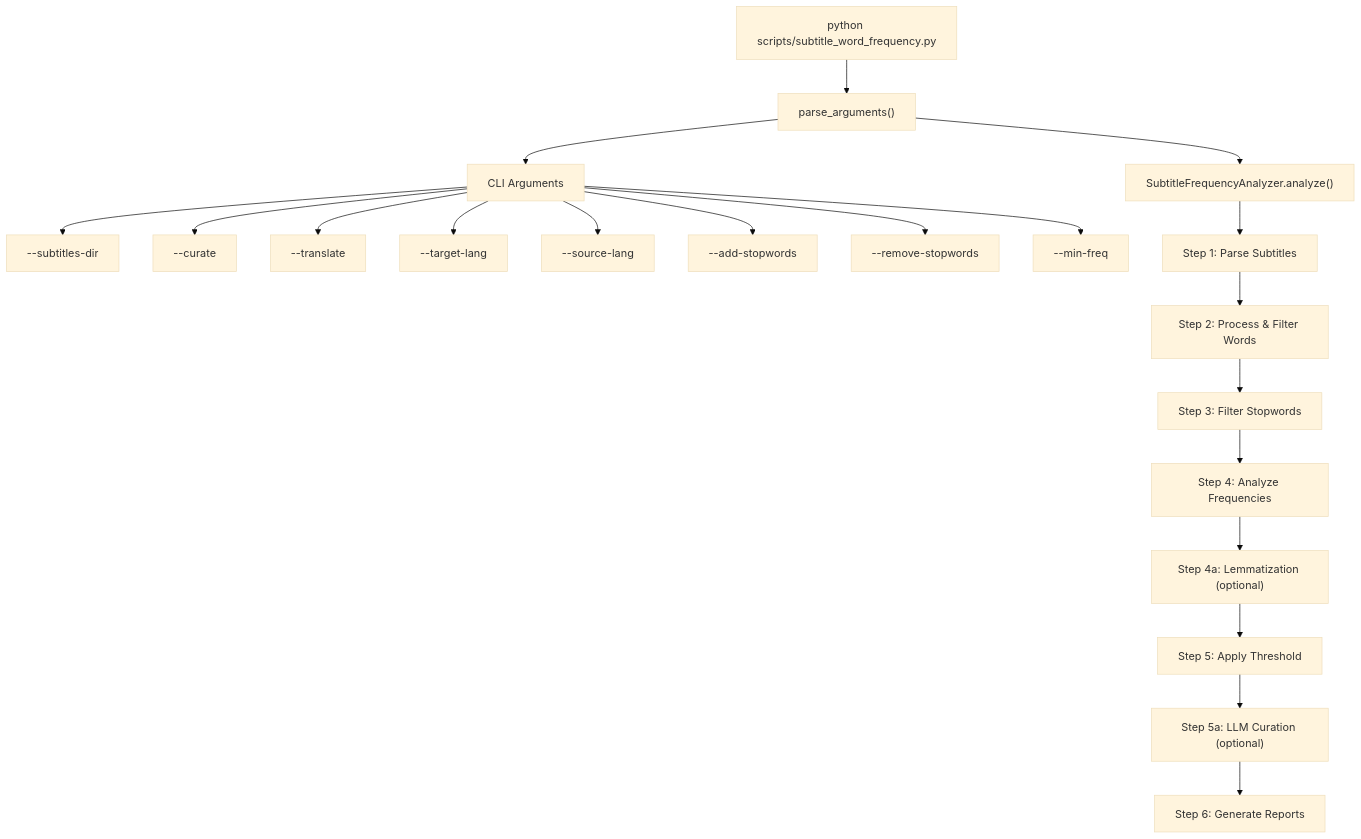
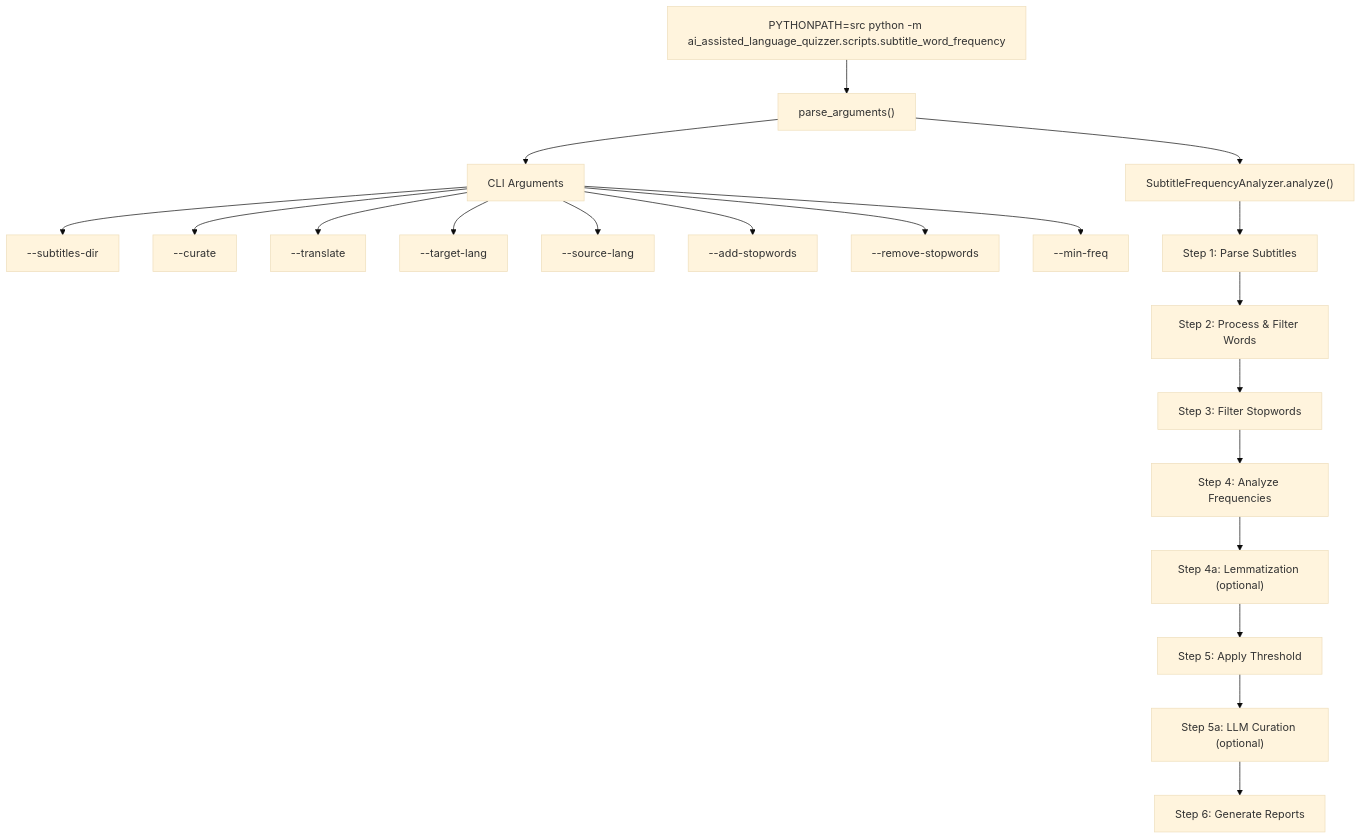
The first of 17 diagrams in CODEFLOW.md (stratus-ss/ai_assisted_language_quizzer), drawn with Mermaid (base theme) before and after one commit. The commit also changed other lines of this file and 1 other file, not shown here.

````diff
--- a/CODEFLOW.md
+++ b/CODEFLOW.md
@@ -23,24 +22,24 @@
 ```mermaid
 flowchart TD
-    A["python scripts/subtitle_word_frequency.py"] --> B["parse_arguments()"]
+    A["PYTHONPATH=src python -m ai_assisted_language_quizzer.scripts.subtitle_word_frequency"] --> B["parse_arguments()"]
     B --> C["SubtitleFrequencyAnalyzer.analyze()"]
     
     B --> D["CLI Arguments"]
     D --> D1["--subtitles-dir"]
     D --> D2["--curate"]
     D --> D3["--translate"]
     D --> D4["--target-lang"]
     D --> D5["--source-lang"]
     D --> D6["--add-stopwords"]
     D --> D7["--remove-stopwords"]
     D --> D8["--min-freq"]
     
     C --> C1["Step 1: Parse Subtitles"]
     C1 --> C2["Step 2: Process & Filter Words"]
     C2 --> C3["Step 3: Filter Stopwords"]
     C3 --> C4["Step 4: Analyze Frequencies"]
     C4 --> C4a["Step 4a: Lemmatization (optional)"]
     C4a --> C5["Step 5: Apply Threshold"]
     C5 --> C5a["Step 5a: LLM Curation (optional)"]
     C5a --> C6["Step 6: Generate Reports"]
 ```
````
